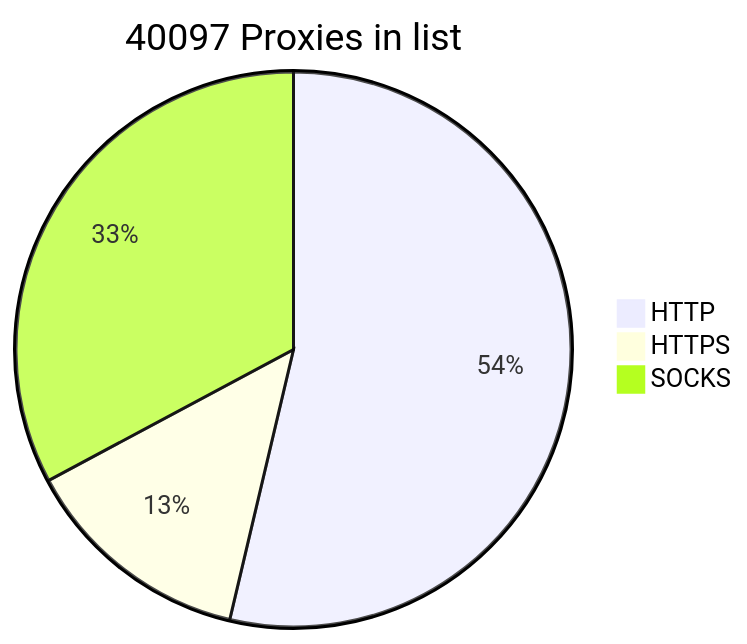
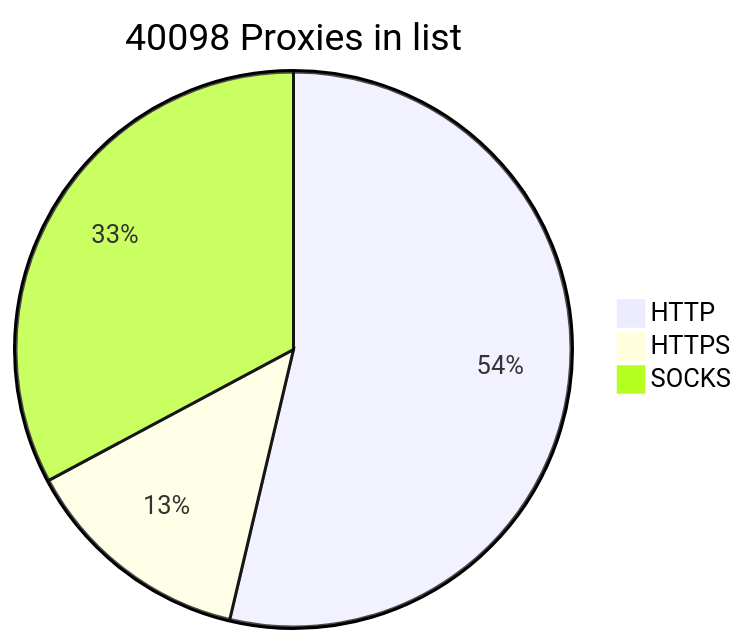
One commit to BlackSnowDot/proxylist-update-every-minute changed the diagram in README.md. Above: the diagram before and after it, drawn with Mermaid.

````diff
--- a/README.md
+++ b/README.md
@@ -2,6 +2,6 @@
 ```mermaid
-pie title 40097 Proxies in list
-    "HTTP" : 23995
+pie title 40098 Proxies in list
+    "HTTP" : 23996
     "HTTPS": 6031
     "SOCKS" : 14666
 ```
````
